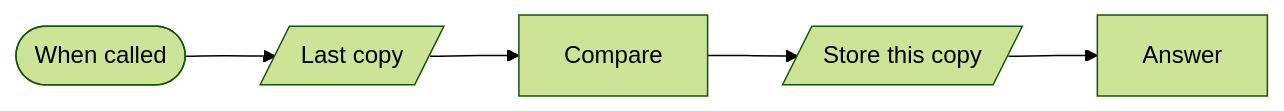
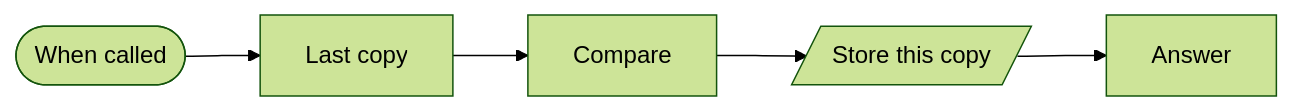
One commit to kimjoshuadr/n8n-workflows changed the second of 7 diagrams in blocks/data/README.md. Above: the diagram before and after it, drawn with Mermaid (forest theme). The commit also changed other lines of this file and 184 other files, not shown here.

Commit message:
Finish the move to named platforms: blocks, BambooHR, generated README, schema and platform marks

````diff
--- a/blocks/data/README.md
+++ b/blocks/data/README.md
@@ -40,12 +36,12 @@
 ```mermaid
 flowchart LR
   nxyuboc(["When called"])
-  n16punaw[/"Last copy"/]
+  n16punaw["Last copy"]
   nvx0mhq["Compare"]
   n18eqddd[/"Store this copy"/]
   n1s86opx["Answer"]
   nxyuboc --> n16punaw
   n16punaw --> nvx0mhq
   nvx0mhq --> n18eqddd
   n18eqddd --> n1s86opx
 ```
````
